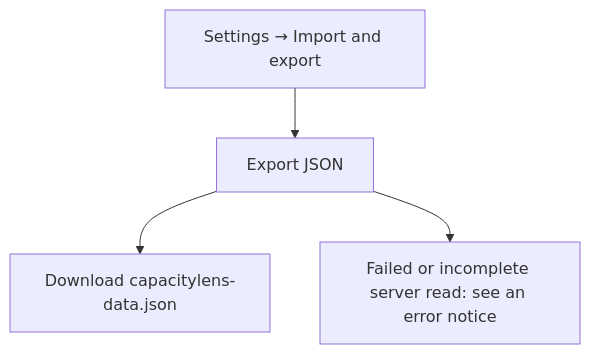
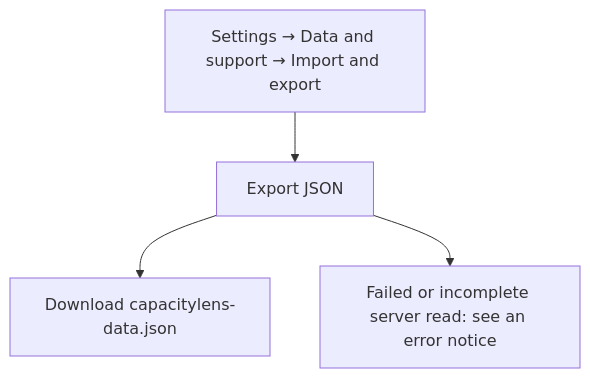
The first of 2 diagrams in user-stories/data/US-DAT-01-export-json.md (Kevinjohn/capacitylens), drawn with Mermaid before and after one commit. The commit also changed other lines of this file and 119 other files, not shown here.

First line of the commit message:
docs: correct story text and flow diagrams against current source

````diff
--- a/user-stories/data/US-DAT-01-export-json.md
+++ b/user-stories/data/US-DAT-01-export-json.md
@@ -18,6 +19,6 @@
 ```mermaid
 flowchart TD
-  open["Settings → Import and export"] --> export["Export JSON"]
+  open["Settings → Data and support → Import and export"] --> export["Export JSON"]
   export --> download["Download capacitylens-data.json"]
   export --> error["Failed or incomplete server read: see an error notice"]
 ```
````
